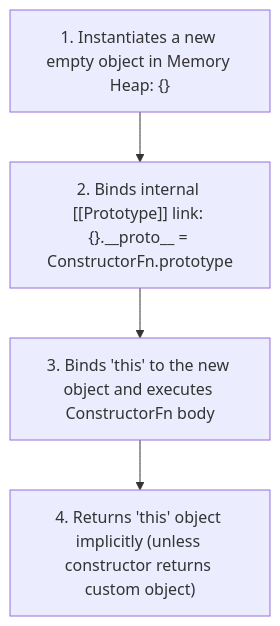
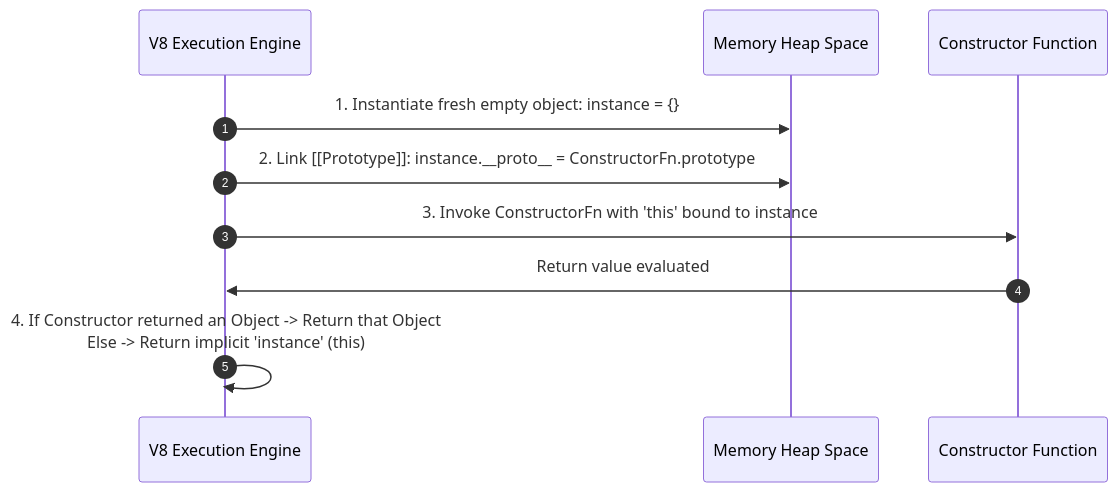
One commit to Amie-dev/engineering-playbook changed the first of 2 diagrams in js-notes/24-new-keyword-and-constructors.md. Above: the diagram before and after it, drawn with Mermaid. The commit also changed other lines of this file and 42 other files, not shown here.

````diff
--- a/js-notes/24-new-keyword-and-constructors.md
+++ b/js-notes/24-new-keyword-and-constructors.md
@@ -10,6 +15,13 @@
 ```mermaid
-flowchart TD
-    Step1["1. Instantiates a new empty object in Memory Heap: {}"] --> Step2["2. Binds internal [[Prototype]] link: {}.__proto__ = ConstructorFn.prototype"]
-    Step2 --> Step3["3. Binds 'this' to the new object and executes ConstructorFn body"]
-    Step3 --> Step4["4. Returns 'this' object implicitly (unless constructor returns custom object)"]
+sequenceDiagram
+    autonumber
+    participant Engine as V8 Execution Engine
+    participant Heap as Memory Heap Space
+    participant Constructor as Constructor Function
+
+    Engine->>Heap: 1. Instantiate fresh empty object: instance = {}
+    Engine->>Heap: 2. Link [[Prototype]]: instance.__proto__ = ConstructorFn.prototype
+    Engine->>Constructor: 3. Invoke ConstructorFn with 'this' bound to instance
+    Constructor->>Engine: Return value evaluated
+    Engine->>Engine: 4. If Constructor returned an Object -> Return that Object<br/>Else -> Return implicit 'instance' (this)
 ```
````
